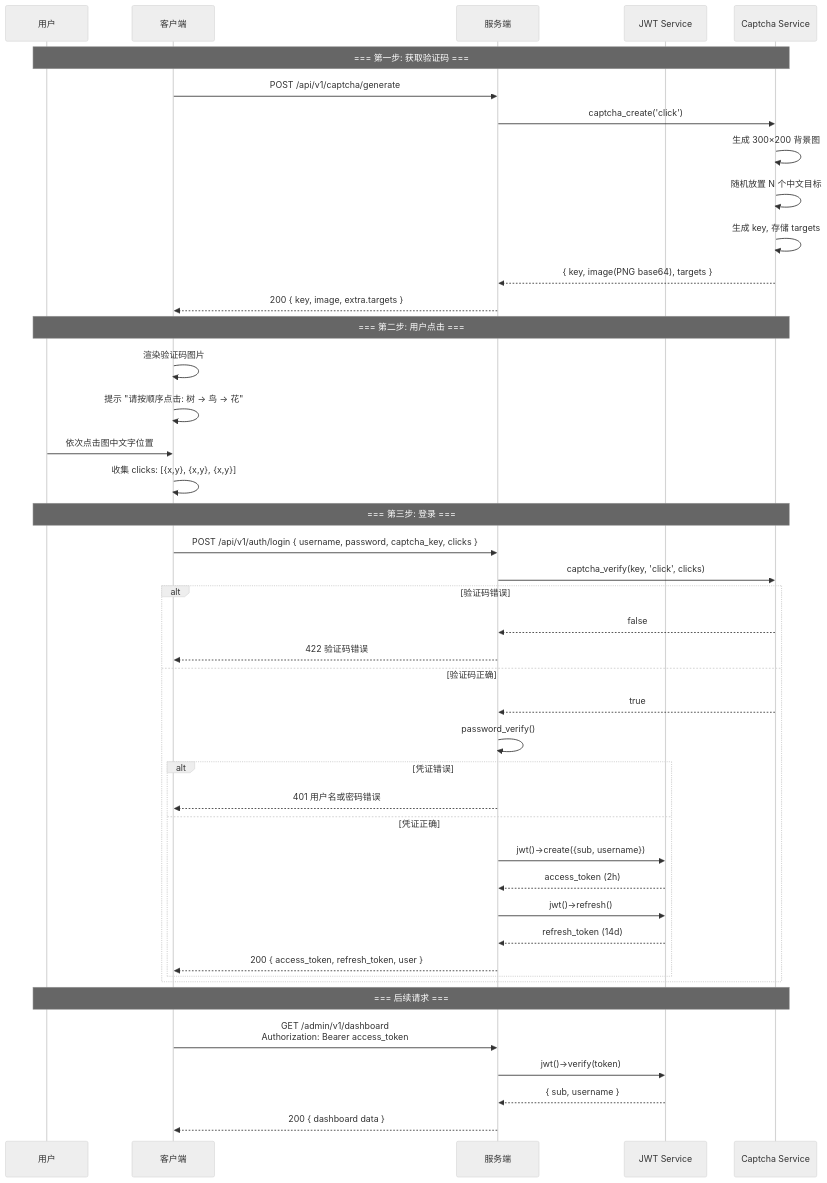
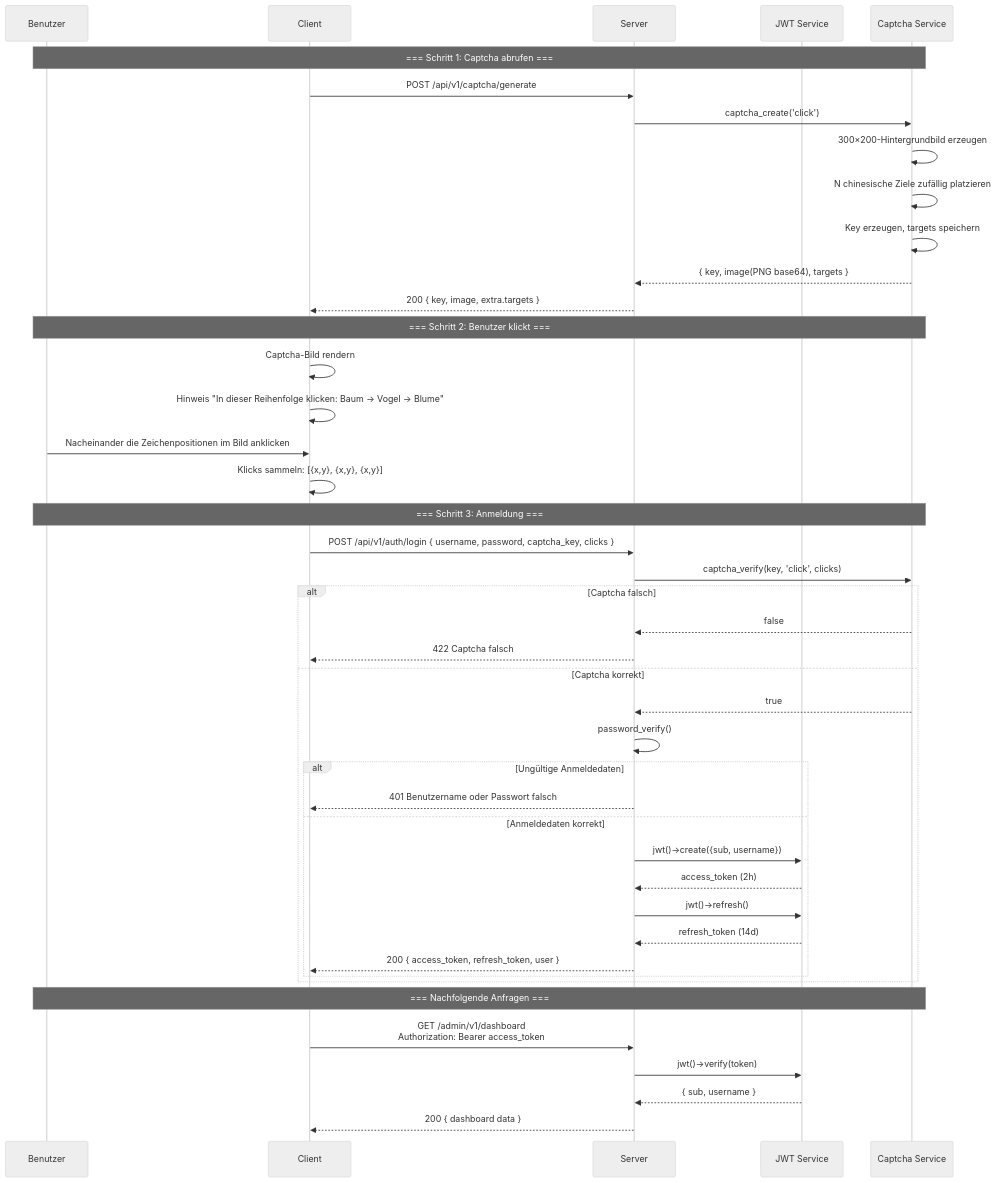
One commit to erikwang2013/game-platform-php changed the fourth of 14 diagrams in admin/docs/ARCHITECTURE.de.md. Above: the diagram before and after it, drawn with Mermaid (neutral theme). The commit also changed other lines of this file and 211 other files, not shown here.

First line of the commit message:
fix: 支付配置读回类型根治、提现事件对账巡检，12 语族 mermaid 与 API 标签本地化

````diff
--- a/admin/docs/ARCHITECTURE.de.md
+++ b/admin/docs/ARCHITECTURE.de.md
@@ -229,49 +229,49 @@
 ```mermaid
 sequenceDiagram
-    participant U as 用户
-    participant CL as 客户端
-    participant SV as 服务端
+    participant U as Benutzer
+    participant CL as Client
+    participant SV as Server
     participant JWT as JWT Service
     participant CAP as Captcha Service
 
-    Note over U,CAP: === 第一步: 获取验证码 ===
+    Note over U,CAP: === Schritt 1: Captcha abrufen ===
     CL->>SV: POST /api/v1/captcha/generate
     SV->>CAP: captcha_create('click')
-    CAP->>CAP: 生成 300×200 背景图
-    CAP->>CAP: 随机放置 N 个中文目标
-    CAP->>CAP: 生成 key, 存储 targets
+    CAP->>CAP: 300×200-Hintergrundbild erzeugen
+    CAP->>CAP: N chinesische Ziele zufällig platzieren
+    CAP->>CAP: Key erzeugen, targets speichern
     CAP-->>SV: { key, image(PNG base64), targets }
     SV-->>CL: 200 { key, image, extra.targets }
 
-    Note over U,CAP: === 第二步: 用户点击 ===
-    CL->>CL: 渲染验证码图片
-    CL->>CL: 提示 "请按顺序点击: 树 → 鸟 → 花"
-    U->>CL: 依次点击图中文字位置
-    CL->>CL: 收集 clicks: [{x,y}, {x,y}, {x,y}]
+    Note over U,CAP: === Schritt 2: Benutzer klickt ===
+    CL->>CL: Captcha-Bild rendern
+    CL->>CL: Hinweis "In dieser Reihenfolge klicken: Baum → Vogel → Blume"
+    U->>CL: Nacheinander die Zeichenpositionen im Bild anklicken
+    CL->>CL: Klicks sammeln: [{x,y}, {x,y}, {x,y}]
 
-    Note over U,CAP: === 第三步: 登录 ===
+    Note over U,CAP: === Schritt 3: Anmeldung ===
     CL->>SV: POST /api/v1/auth/login { username, password, captcha_key, clicks }
     SV->>CAP: captcha_verify(key, 'click', clicks)
-    alt 验证码错误
+    alt Captcha falsch
         CAP-->>SV: false
-        SV-->>CL: 422 验证码错误
-    else 验证码正确
+        SV-->>CL: 422 Captcha falsch
+    else Captcha korrekt
         CAP-->>SV: true
         SV->>SV: password_verify()
-        alt 凭证错误
-            SV-->>CL: 401 用户名或密码错误
-        else 凭证正确
+        alt Ungültige Anmeldedaten
+            SV-->>CL: 401 Benutzername oder Passwort falsch
+        else Anmeldedaten korrekt
             SV->>JWT: jwt()->create({sub, username})
             JWT-->>SV: access_token (2h)
             SV->>JWT: jwt()->refresh()
             JWT-->>SV: refresh_token (14d)
             SV-->>CL: 200 { access_token, refresh_token, user }
         end
     end
 
-    Note over U,CAP: === 后续请求 ===
+    Note over U,CAP: === Nachfolgende Anfragen ===
     CL->>SV: GET /admin/v1/dashboard<br/>Authorization: Bearer access_token
     SV->>JWT: jwt()->verify(token)
     JWT-->>SV: { sub, username }
     SV-->>CL: 200 { dashboard data }
 ```
````
